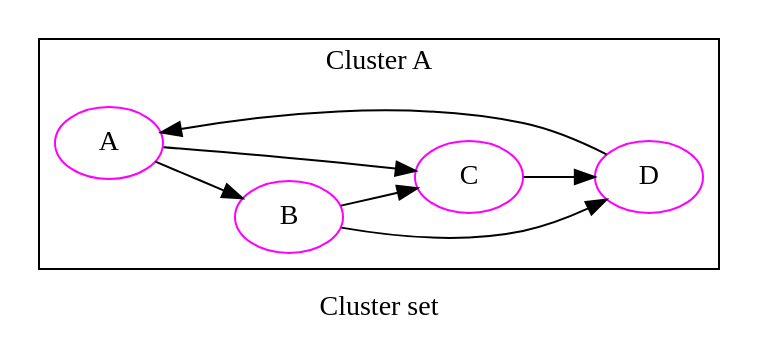
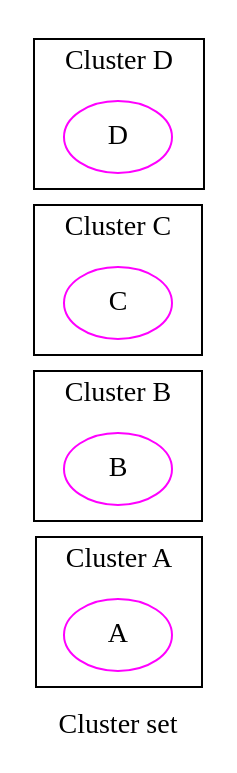
Before and after one commit to graphviz-perl/GraphViz2-Marpa-PathUtils: the diagram in data/04.clusters.out.gv, drawn with Graphviz. The commit also changed 24 other files, not shown here.

```diff
--- a/data/04.clusters.out.gv
+++ b/data/04.clusters.out.gv
@@ -1,28 +1,32 @@
 digraph graph_04
 {
 graph [ label="Cluster set" rankdir="LR" ]
 
 subgraph "cluster A"
 {
 graph [ label="Cluster A" rankdir="LR" ]
 
 "A" [ color="magenta" ]
+}
+
+subgraph "cluster B"
+{
+graph [ label="Cluster B" rankdir="LR" ]
+
 "B" [ color="magenta" ]
-"A" -> "B" [ label="" ]
-"A" [ color="magenta" ]
+}
+
+subgraph "cluster C"
+{
+graph [ label="Cluster C" rankdir="LR" ]
+
 "C" [ color="magenta" ]
-"A" -> "C" [ label="" ]
-"B" [ color="magenta" ]
-"C" [ color="magenta" ]
-"B" -> "C" [ label="" ]
-"B" [ color="magenta" ]
+}
+
+subgraph "cluster D"
+{
+graph [ label="Cluster D" rankdir="LR" ]
+
 "D" [ color="magenta" ]
-"B" -> "D" [ label="" ]
-"C" [ color="magenta" ]
-"D" [ color="magenta" ]
-"C" -> "D" [ label="" ]
-"D" [ color="magenta" ]
-"A" [ color="magenta" ]
-"D" -> "A" [ label="" ]
 }
 }
```
